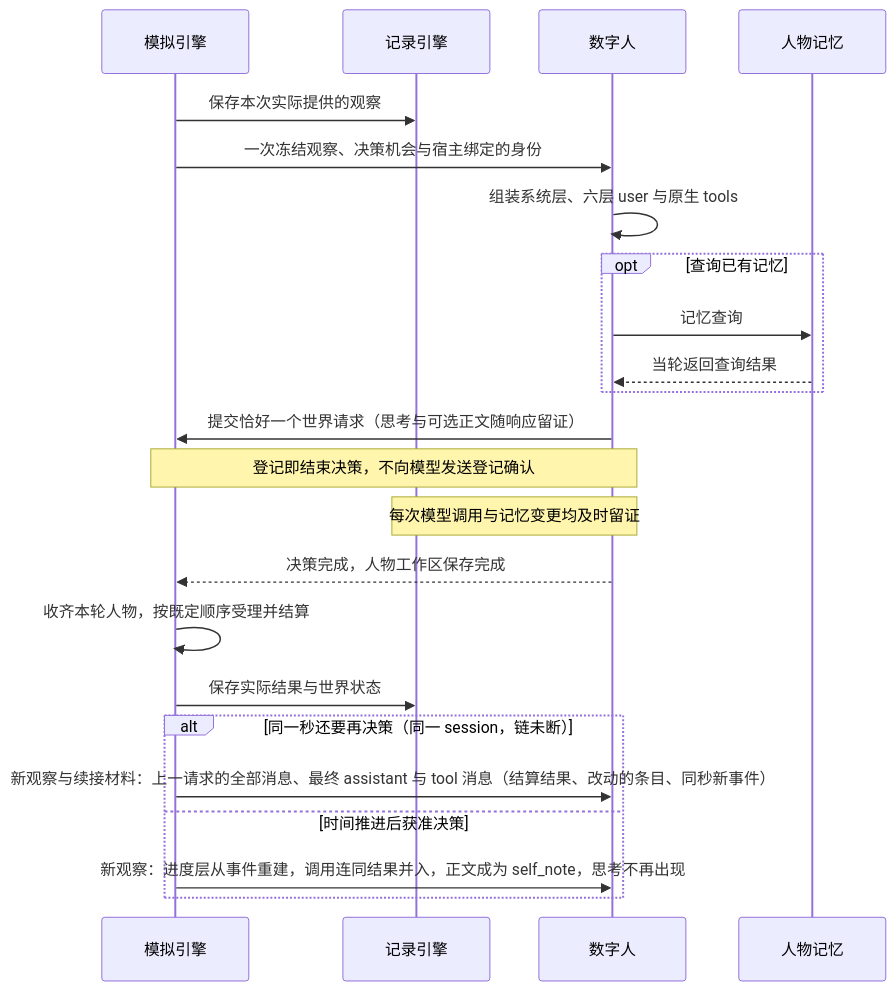
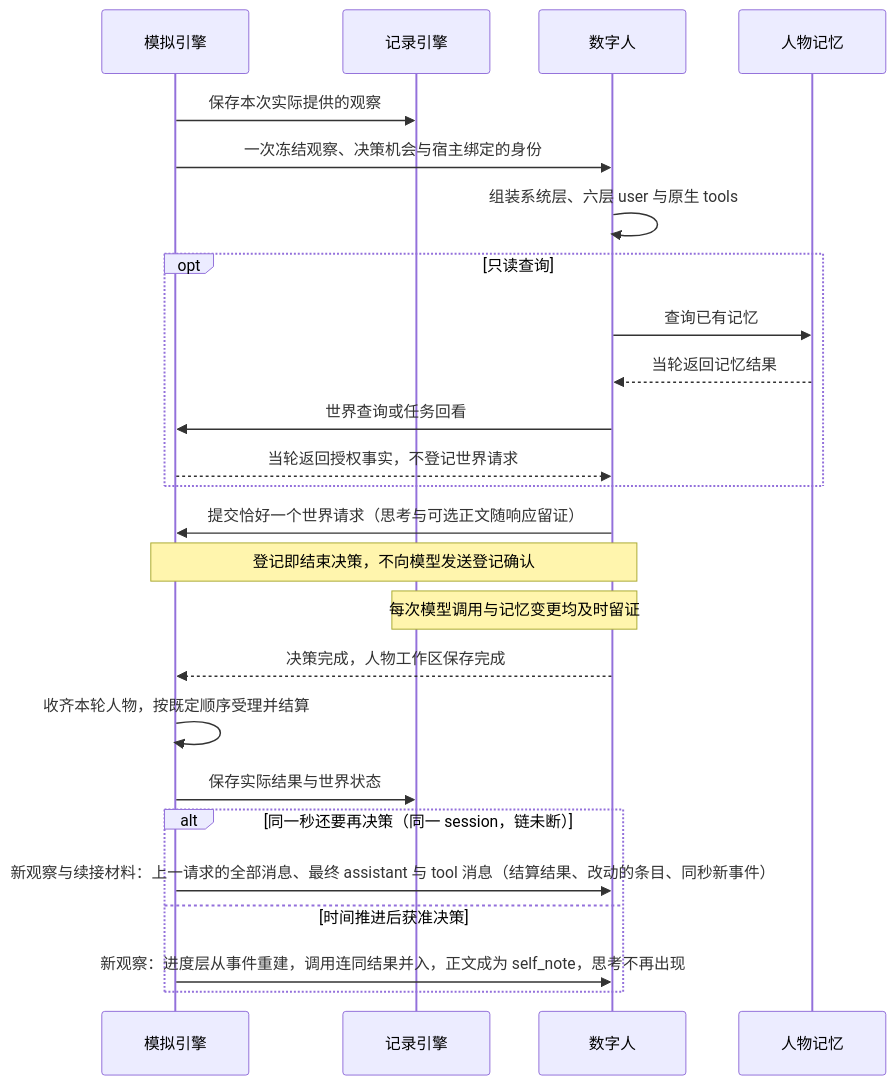
The fourth of 11 diagrams in docs/design/04-simulation-engine.md (HoldThatThgt/WorldMock), drawn with Mermaid before and after one commit. The commit also changed other lines of this file and 266 other files, not shown here.

````diff
--- a/docs/design/04-simulation-engine.md
+++ b/docs/design/04-simulation-engine.md
@@ -270,25 +279,27 @@
 ```mermaid
 sequenceDiagram
     participant S as 模拟引擎
     participant R as 记录引擎
     participant A as 数字人
     participant M as 人物记忆
     S->>R: 保存本次实际提供的观察
     S->>A: 一次冻结观察、决策机会与宿主绑定的身份
     A->>A: 组装系统层、六层 user 与原生 tools
-    opt 查询已有记忆
-        A->>M: 记忆查询
-        M-->>A: 当轮返回查询结果
+    opt 只读查询
+        A->>M: 查询已有记忆
+        M-->>A: 当轮返回记忆结果
+        A->>S: 世界查询或任务回看
+        S-->>A: 当轮返回授权事实，不登记世界请求
     end
     A->>S: 提交恰好一个世界请求（思考与可选正文随响应留证）
     Note over A,S: 登记即结束决策，不向模型发送登记确认
     Note over A,R: 每次模型调用与记忆变更均及时留证
     A-->>S: 决策完成，人物工作区保存完成
     S->>S: 收齐本轮人物，按既定顺序受理并结算
     S->>R: 保存实际结果与世界状态
     alt 同一秒还要再决策（同一 session，链未断）
         S->>A: 新观察与续接材料：上一请求的全部消息、最终 assistant 与 tool 消息（结算结果、改动的条目、同秒新事件）
     else 时间推进后获准决策
         S->>A: 新观察：进度层从事件重建，调用连同结果并入，正文成为 self_note，思考不再出现
     end
 ```
````
